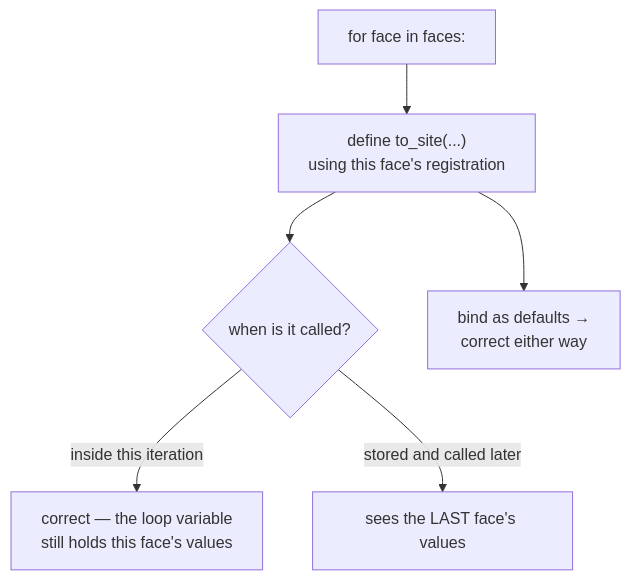
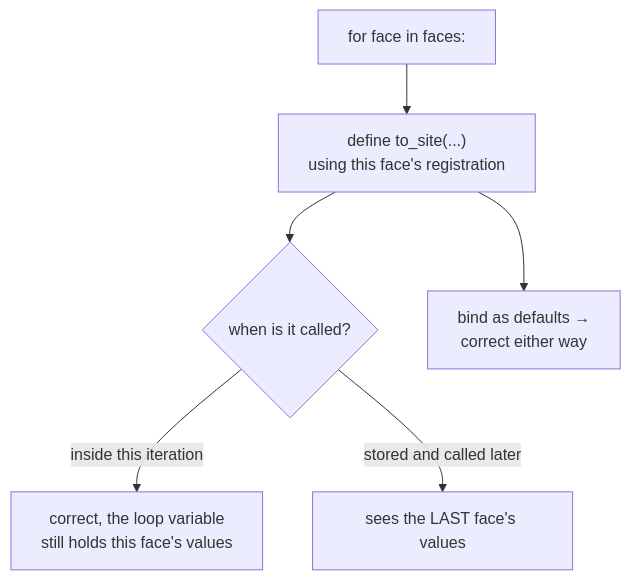
Before and after one commit to jennarbates/StratigraphyGenerator: the diagram in docs/cs/closure-late-binding-capture.md, drawn with Mermaid. The commit also changed other lines of this file and 309 other files, not shown here.

````diff
--- a/docs/cs/closure-late-binding-capture.md
+++ b/docs/cs/closure-late-binding-capture.md
@@ -49,8 +49,8 @@
 ```mermaid
 flowchart TB
   L["for face in faces:"] --> D["define to_site(...)<br/>using this face's registration"]
   D --> C{"when is it called?"}
-  C -->|"inside this iteration"| OK["correct — the loop variable<br/>still holds this face's values"]
+  C -->|"inside this iteration"| OK["correct, the loop variable<br/>still holds this face's values"]
   C -->|"stored and called later"| Bad["sees the LAST face's values"]
   D --> Fix["bind as defaults →<br/>correct either way"]
 ```
````
